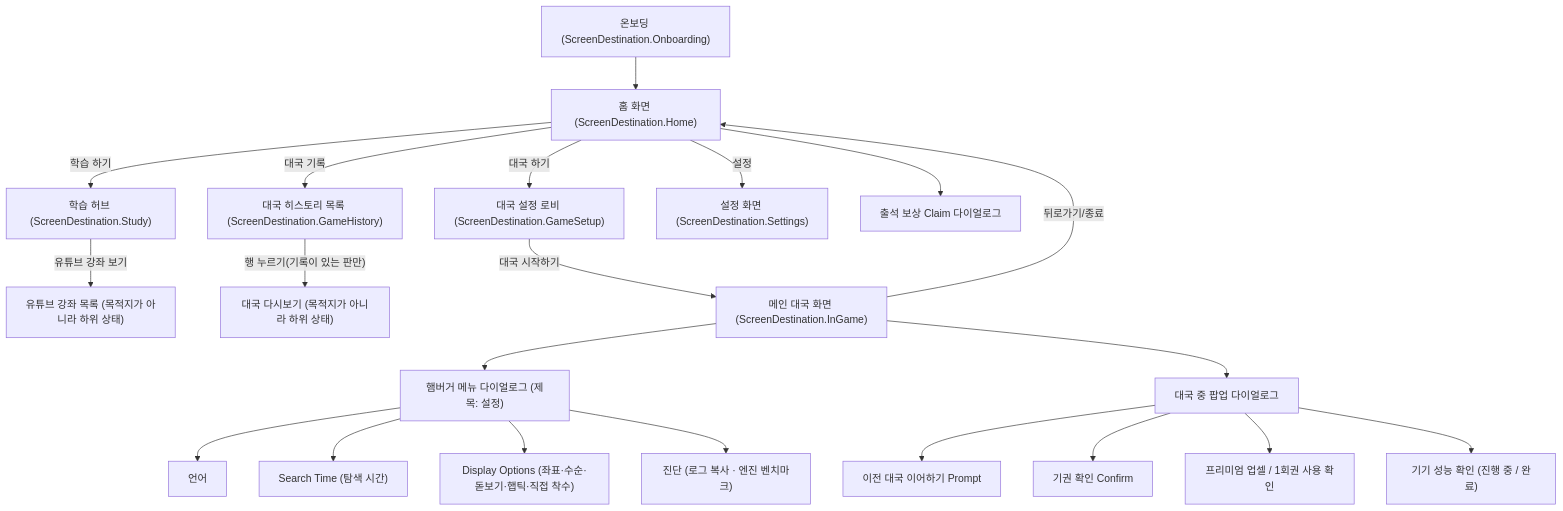
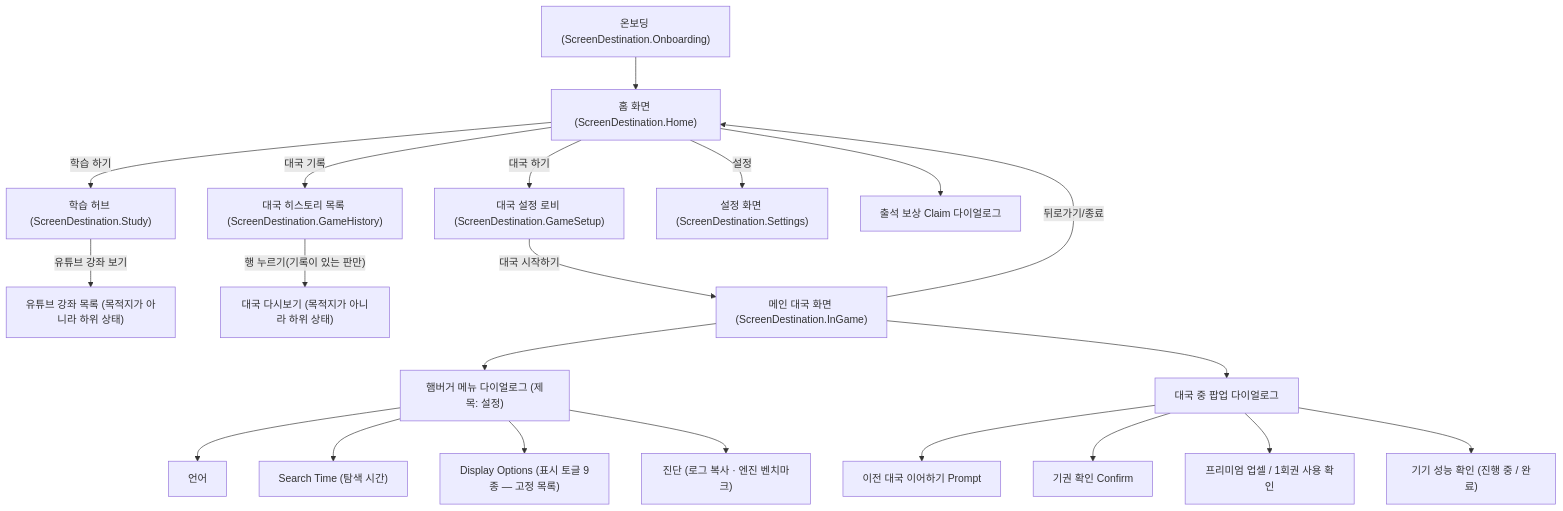
Before and after one commit to flitsky/go-ai-coach-app: the diagram in docs/spec/APP_IA_AND_UI_SPEC.md, drawn with Mermaid. The commit also changed other lines of this file and 31 other files, not shown here.

````diff
--- a/docs/spec/APP_IA_AND_UI_SPEC.md
+++ b/docs/spec/APP_IA_AND_UI_SPEC.md
@@ -15,25 +15,25 @@
 ```mermaid
 graph TD
     O["온보딩 (ScreenDestination.Onboarding)"] --> A
     A["홈 화면 (ScreenDestination.Home)"] -->|"대국 하기"| B["대국 설정 로비 (ScreenDestination.GameSetup)"]
     A -->|"학습 하기"| F["학습 허브 (ScreenDestination.Study)"]
     F -->|"유튜브 강좌 보기"| F1["유튜브 강좌 목록 (목적지가 아니라 하위 상태)"]
     A -->|"대국 기록"| G["대국 히스토리 목록 (ScreenDestination.GameHistory)"]
     G -->|"행 누르기(기록이 있는 판만)"| G1["대국 다시보기 (목적지가 아니라 하위 상태)"]
     A -->|"설정"| S["설정 화면 (ScreenDestination.Settings)"]
     B -->|"대국 시작하기"| C["메인 대국 화면 (ScreenDestination.InGame)"]
     C -->|"뒤로가기/종료"| A
 
     C --> D["햄버거 메뉴 다이얼로그 (제목: 설정)"]
     D --> D1["언어"]
     D --> D2["Search Time (탐색 시간)"]
-    D --> D3["Display Options (좌표·수순·돋보기·햅틱·직접 착수)"]
+    D --> D3["Display Options (표시 토글 9종 — 고정 목록)"]
     D --> D4["진단 (로그 복사 · 엔진 벤치마크)"]
 
     A --> P["출석 보상 Claim 다이얼로그"]
     C --> E["대국 중 팝업 다이얼로그"]
     E --> E1["이전 대국 이어하기 Prompt"]
     E --> E2["기권 확인 Confirm"]
     E --> E3["프리미엄 업셀 / 1회권 사용 확인"]
     E --> E4["기기 성능 확인 (진행 중 / 완료)"]
 ```
````
